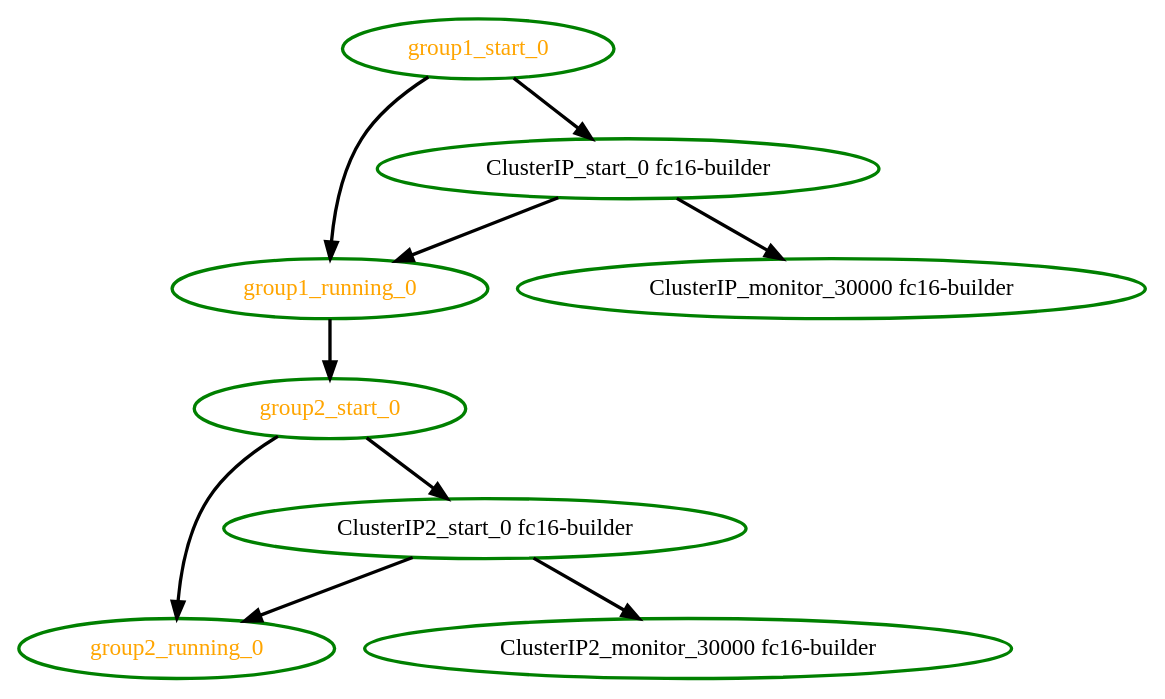
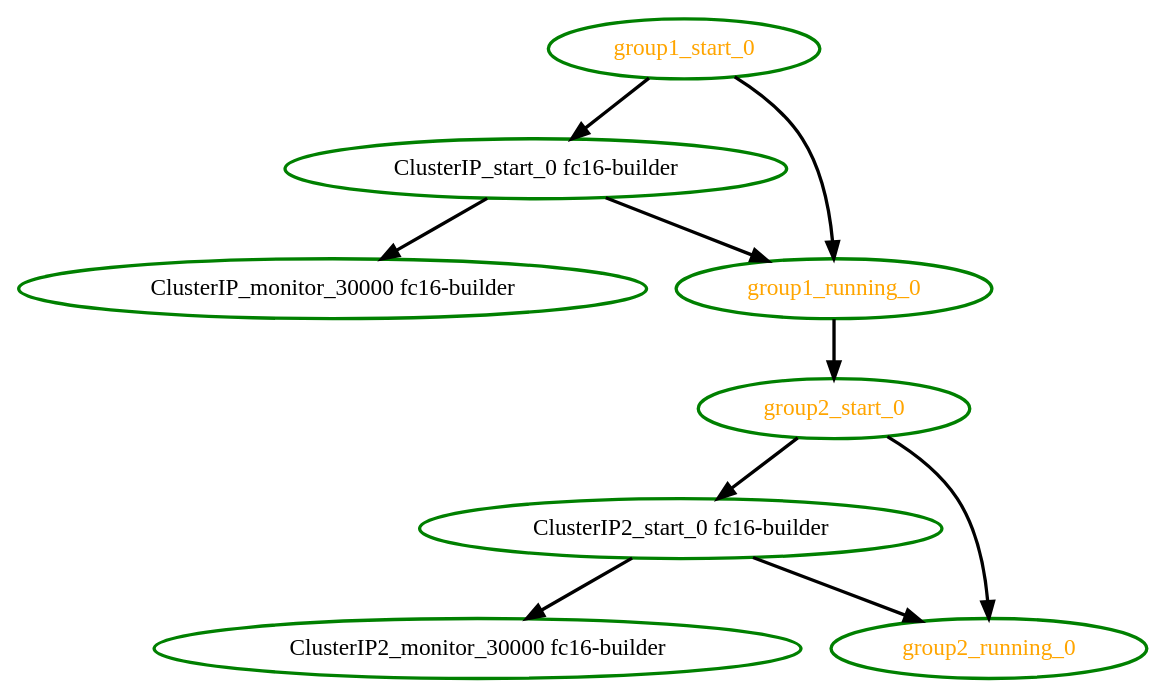
The diagram in pengine/test10/bug-1514-GROUP-A-start-B-start.dot (ClusterLabs/pacemaker), drawn with Graphviz before and after one commit. The commit also changed 10 other files, not shown here.

```diff
--- a/pengine/test10/bug-1514-GROUP-A-start-B-start.dot
+++ b/pengine/test10/bug-1514-GROUP-A-start-B-start.dot
@@ -1,19 +1,19 @@
- digraph "g" {
+digraph "g" {
+"ClusterIP2_monitor_30000 fc16-builder" [ style=bold color="green" fontcolor="black"]
+"ClusterIP2_start_0 fc16-builder" -> "ClusterIP2_monitor_30000 fc16-builder" [ style = bold]
+"ClusterIP2_start_0 fc16-builder" -> "group2_running_0" [ style = bold]
+"ClusterIP2_start_0 fc16-builder" [ style=bold color="green" fontcolor="black"]
+"ClusterIP_monitor_30000 fc16-builder" [ style=bold color="green" fontcolor="black"]
+"ClusterIP_start_0 fc16-builder" -> "ClusterIP_monitor_30000 fc16-builder" [ style = bold]
+"ClusterIP_start_0 fc16-builder" -> "group1_running_0" [ style = bold]
+"ClusterIP_start_0 fc16-builder" [ style=bold color="green" fontcolor="black"]
+"group1_running_0" -> "group2_start_0" [ style = bold]
+"group1_running_0" [ style=bold color="green" fontcolor="orange"]
+"group1_start_0" -> "ClusterIP_start_0 fc16-builder" [ style = bold]
+"group1_start_0" -> "group1_running_0" [ style = bold]
+"group1_start_0" [ style=bold color="green" fontcolor="orange"]
 "group2_running_0" [ style=bold color="green" fontcolor="orange"]
+"group2_start_0" -> "ClusterIP2_start_0 fc16-builder" [ style = bold]
+"group2_start_0" -> "group2_running_0" [ style = bold]
 "group2_start_0" [ style=bold color="green" fontcolor="orange"]
-"ClusterIP2_monitor_30000 fc16-builder" [ style=bold color="green" fontcolor="black"]
-"ClusterIP2_start_0 fc16-builder" [ style=bold color="green" fontcolor="black"]
-"group1_running_0" [ style=bold color="green" fontcolor="orange"]
-"group1_start_0" [ style=bold color="green" fontcolor="orange"]
-"ClusterIP_monitor_30000 fc16-builder" [ style=bold color="green" fontcolor="black"]
-"ClusterIP_start_0 fc16-builder" [ style=bold color="green" fontcolor="black"]
-"ClusterIP2_start_0 fc16-builder" -> "group2_running_0" [ style = bold]
-"group2_start_0" -> "group2_running_0" [ style = bold]
-"group1_running_0" -> "group2_start_0" [ style = bold]
-"ClusterIP2_start_0 fc16-builder" -> "ClusterIP2_monitor_30000 fc16-builder" [ style = bold]
-"group2_start_0" -> "ClusterIP2_start_0 fc16-builder" [ style = bold]
-"ClusterIP_start_0 fc16-builder" -> "group1_running_0" [ style = bold]
-"group1_start_0" -> "group1_running_0" [ style = bold]
-"ClusterIP_start_0 fc16-builder" -> "ClusterIP_monitor_30000 fc16-builder" [ style = bold]
-"group1_start_0" -> "ClusterIP_start_0 fc16-builder" [ style = bold]
 }
```
